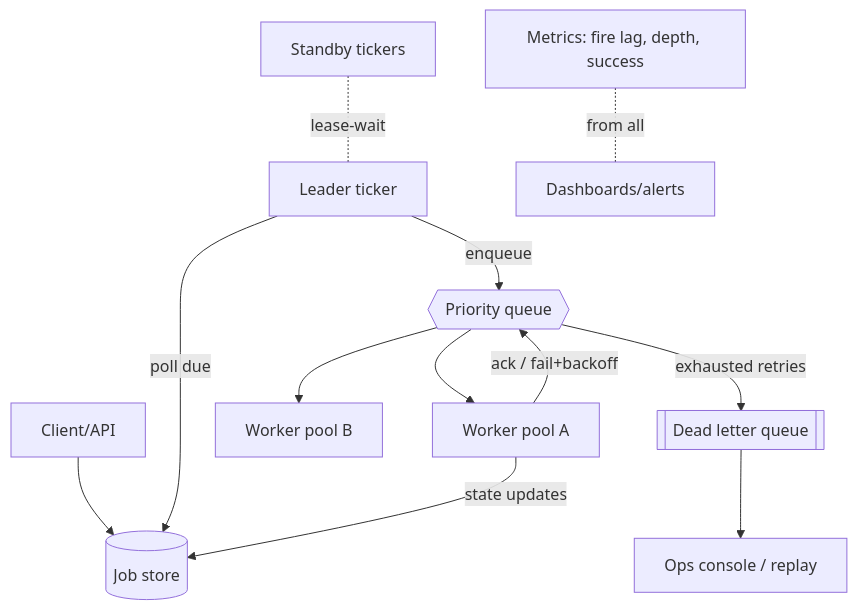
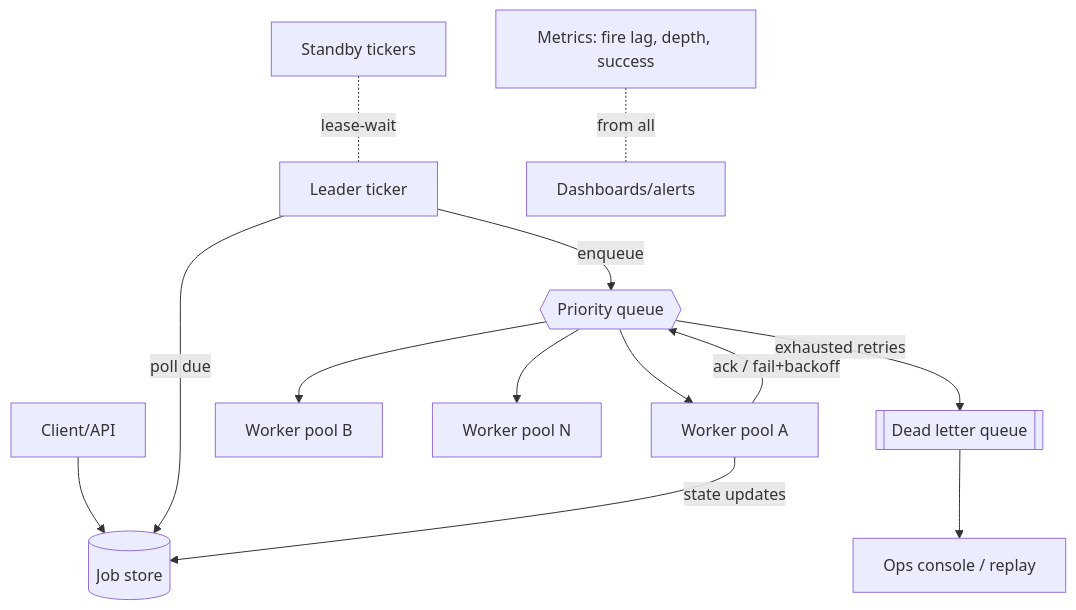
One commit to abhishekghoshh/system-design-helper changed the second of 19 diagrams in docs/system-design/high-level/designing/advanced/distributed-job-scheduler.md. Above: the diagram before and after it, drawn with Mermaid. The commit also changed other lines of this file and 107 other files, not shown here.

````diff
--- a/docs/system-design/high-level/designing/advanced/distributed-job-scheduler.md
+++ b/docs/system-design/high-level/designing/advanced/distributed-job-scheduler.md
@@ -198,14 +171,15 @@
 ```mermaid
 flowchart TB
     C[Client/API] --> JS[(Job store)]
     LDR[Leader ticker] -->|poll due| JS
     LDR -->|enqueue| Q{{Priority queue}}
     STBY[Standby tickers] -.lease-wait.- LDR
     Q --> W1[Worker pool A]
     Q --> W2[Worker pool B]
+    Q --> W3[Worker pool N]
     W1 -->|ack / fail+backoff| Q
     W1 -->|state updates| JS
     Q -->|exhausted retries| DLQ[[Dead letter queue]]
     DLQ --> OPS[Ops console / replay]
     MON[Metrics: fire lag, depth, success] -.from all.- GRAF[Dashboards/alerts]
 ```
````
